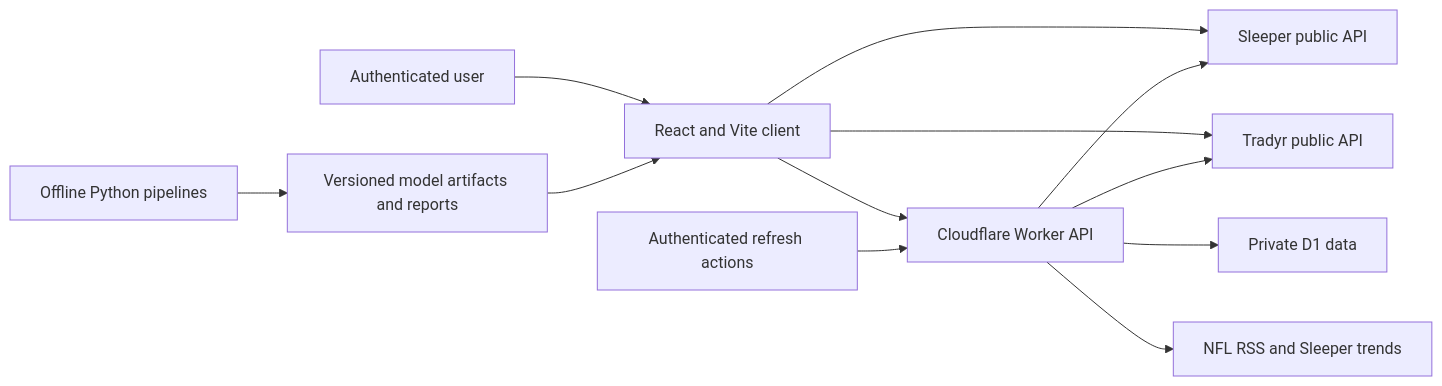
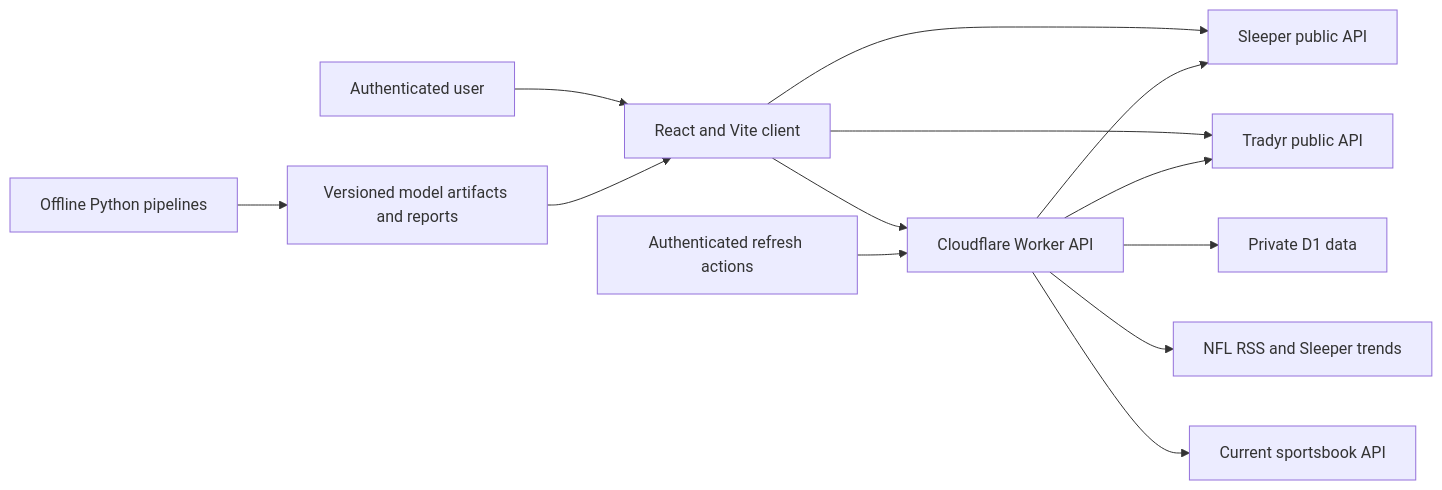
One commit to aidandaly24/fantasy-football-trade changed the diagram in docs/architecture.md. Above: the diagram before and after it, drawn with Mermaid. The commit also changed other lines of this file and 22 other files, not shown here.

````diff
--- a/docs/architecture.md
+++ b/docs/architecture.md
@@ -17,14 +17,15 @@
 ```mermaid
 flowchart LR
   U["Authenticated user"] --> UI["React and Vite client"]
   UI --> S["Sleeper public API"]
   UI --> T["Tradyr public API"]
   UI --> W["Cloudflare Worker API"]
   W --> D1["Private D1 data"]
   W --> S
   W --> T
   W --> N["NFL RSS and Sleeper trends"]
+  W --> O["Current sportsbook API"]
   ML["Offline Python pipelines"] --> A["Versioned model artifacts and reports"]
   A --> UI
   CLICK["Authenticated refresh actions"] --> W
 ```
````
